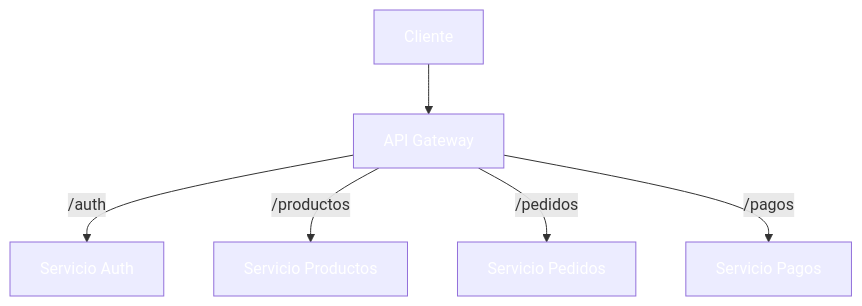
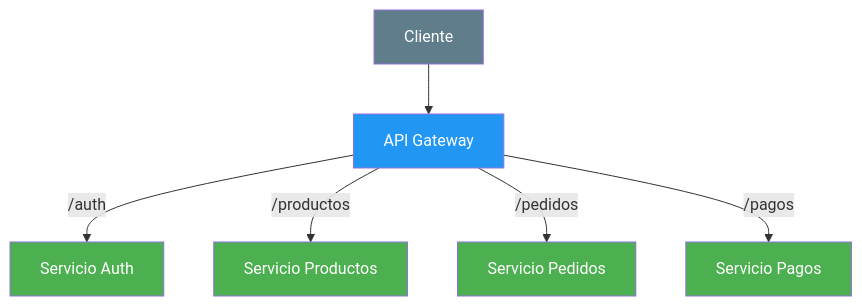
One commit to joseluisgs/DesarrolloWebEntornosServidor-02-2026-2027 changed the fifth of 10 diagrams in 31-api-gateway.md. Above: the diagram before and after it, drawn with Mermaid. The commit also changed other lines of this file and 29 other files, not shown here.

Commit message:
docs: corregir estilos Mermaid y estilo, quitar referencias a la Tienda y reestructurar los retos 13 y 15

````diff
--- a/31-api-gateway.md
+++ b/31-api-gateway.md
@@ -210,14 +210,14 @@
 ```mermaid
 graph TD
     CL["Cliente"] --> GW["API Gateway"]
     GW -->|/auth| A["Servicio Auth"]
     GW -->|/productos| P["Servicio Productos"]
     GW -->|/pedidos| PD["Servicio Pedidos"]
     GW -->|/pagos| PG["Servicio Pagos"]
-    style CL fill:#607D8,color:#fffB,color:#fff
-    style GW fill:#2196F,color:#fff3,color:#fff
-    style A fill:#4CAF5,color:#fff0,color:#fff
-    style P fill:#4CAF5,color:#fff0,color:#fff
-    style PD fill:#4CAF5,color:#fff0,color:#fff
-    style PG fill:#4CAF5,color:#fff0,color:#fff
+    style CL fill:#607D8B,color:#fff
+    style GW fill:#2196F3,color:#fff
+    style A fill:#4CAF50,color:#fff
+    style P fill:#4CAF50,color:#fff
+    style PD fill:#4CAF50,color:#fff
+    style PG fill:#4CAF50,color:#fff
 ```
````
